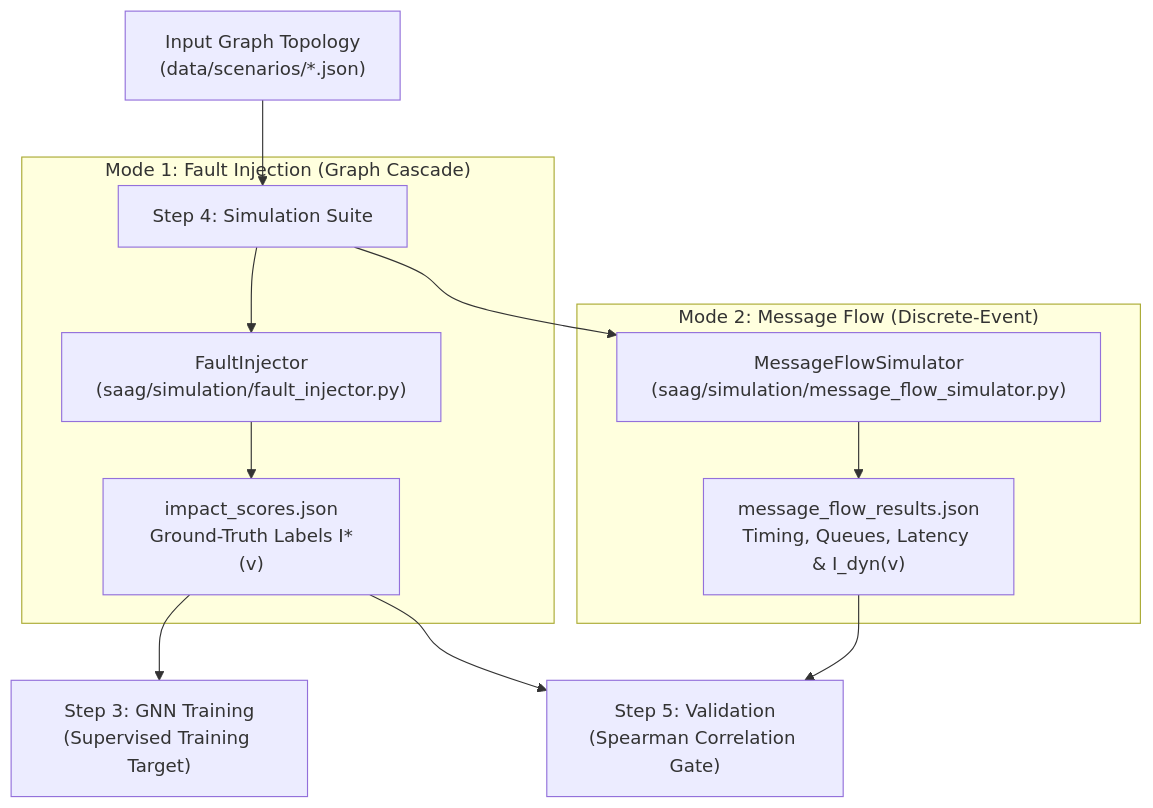
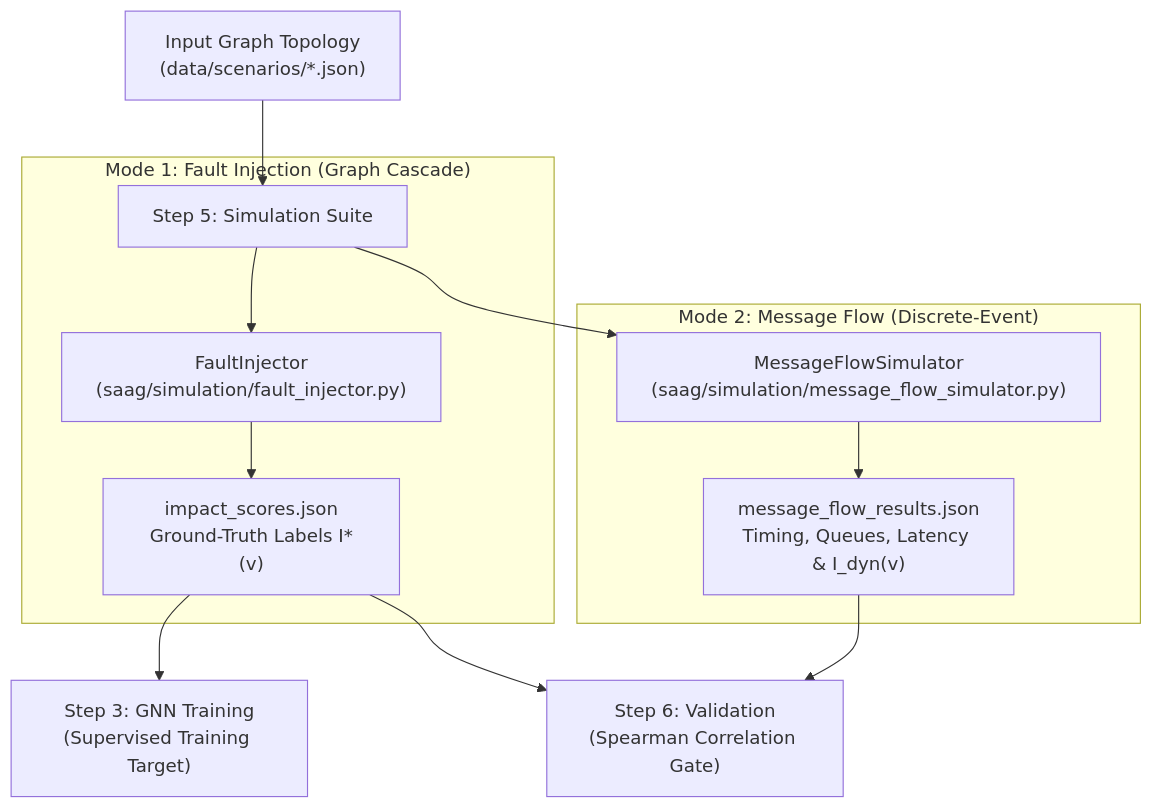
One commit to onuralpyigit/software-as-a-graph changed the first of 4 diagrams in docs/failure-simulation.md. Above: the diagram before and after it, drawn with Mermaid. The commit also changed other lines of this file and 33 other files, not shown here.

````diff
--- a/docs/failure-simulation.md
+++ b/docs/failure-simulation.md
@@ -43,18 +43,18 @@
 ```mermaid
 flowchart TD
-    G["Input Graph Topology<br>(data/scenarios/*.json)"] --> SIM["Step 4: Simulation Suite"]
+    G["Input Graph Topology<br>(data/scenarios/*.json)"] --> SIM["Step 5: Simulation Suite"]
     
     subgraph Mode1["Mode 1: Fault Injection (Graph Cascade)"]
         SIM --> FI["FaultInjector<br>(saag/simulation/fault_injector.py)"]
         FI --> IMP["impact_scores.json<br>Ground-Truth Labels I*(v)"]
     end
 
     subgraph Mode2["Mode 2: Message Flow (Discrete-Event)"]
         SIM --> MFS["MessageFlowSimulator<br>(saag/simulation/message_flow_simulator.py)"]
         MFS --> MFR["message_flow_results.json<br>Timing, Queues, Latency & I_dyn(v)"]
     end
 
     IMP --> GNN["Step 3: GNN Training<br>(Supervised Training Target)"]
-    IMP --> VAL["Step 5: Validation<br>(Spearman Correlation Gate)"]
+    IMP --> VAL["Step 6: Validation<br>(Spearman Correlation Gate)"]
     MFR --> VAL
 ```
````
